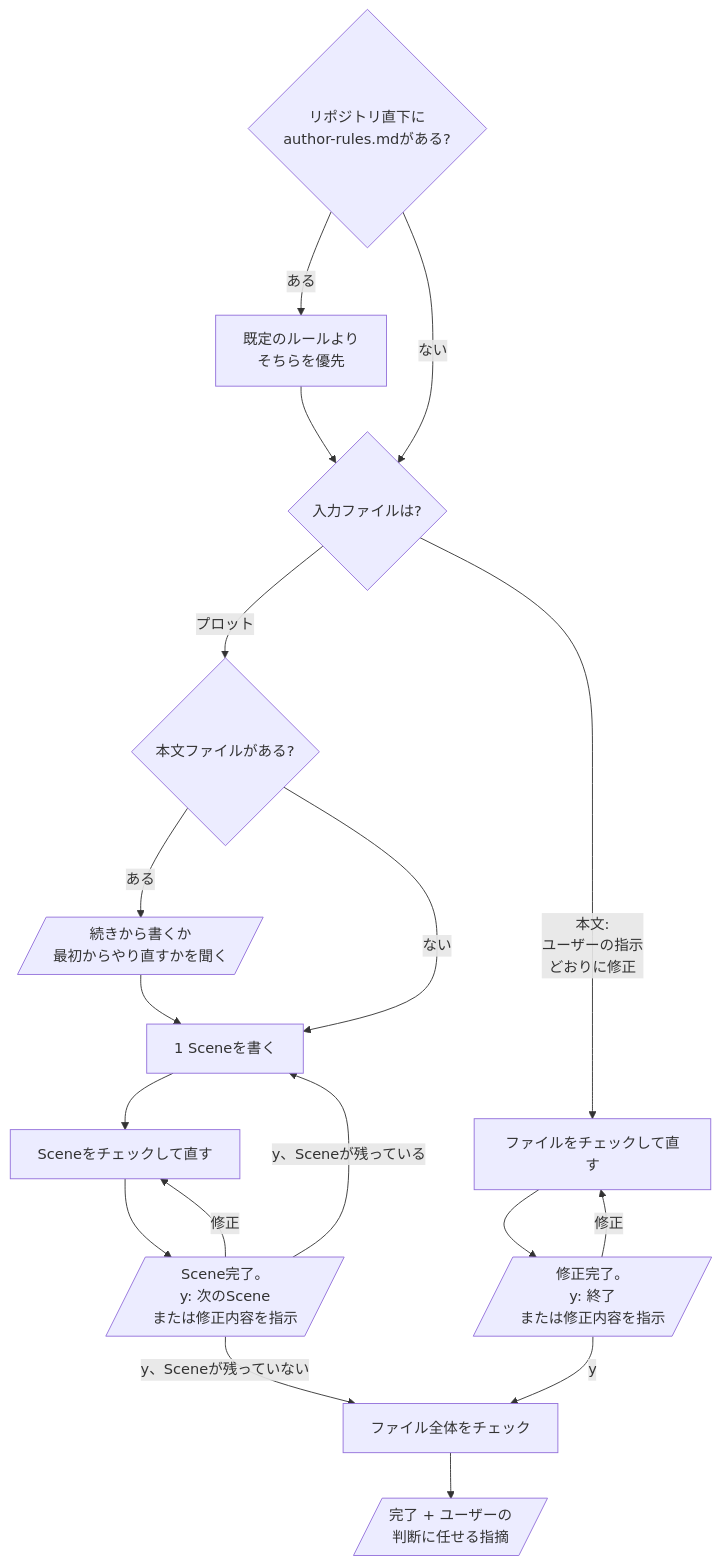
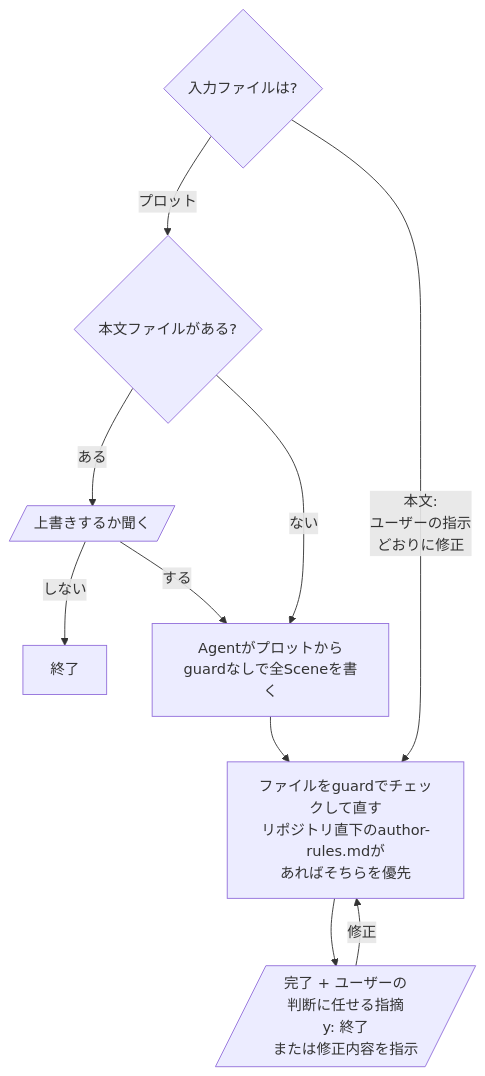
Before and after one commit to omni-stove/skill-kit: the diagram in domains/story/skills/write/README.ja.md, drawn with Mermaid. The commit also changed 19 other files, not shown here.

````diff
--- a/domains/story/skills/write/README.ja.md
+++ b/domains/story/skills/write/README.ja.md
@@ -3,21 +3,13 @@
 ```mermaid
 flowchart TD
-  author{リポジトリ直下に<br/>author-rules.mdがある?}
-  author -- "ある" --> override[既定のルールより<br/>そちらを優先]
-  author -- "ない" --> input
-  override --> input{入力ファイルは?}
+  input{入力ファイルは?}
   input -- "プロット" --> exists{本文ファイルがある?}
-  exists -- "ある" --> ask[/続きから書くか<br/>最初からやり直すかを聞く/]
-  exists -- "ない" --> write
-  ask --> write[1 Sceneを書く]
-  write --> check[Sceneをチェックして直す]
-  check --> reply[/"Scene完了。<br/>y: 次のScene<br/>または修正内容を指示"/]
-  reply -- "y、Sceneが残っている" --> write
-  reply -- "y、Sceneが残っていない" --> final[ファイル全体をチェック]
-  final --> done[/"完了 + ユーザーの<br/>判断に任せる指摘"/]
+  exists -- "ある" --> ask[/上書きするか聞く/]
+  ask -- "しない" --> stop[終了]
+  ask -- "する" --> write
+  exists -- "ない" --> write[Agentがプロットから<br/>guardなしで全Sceneを書く]
+  write --> check[ファイルをguardでチェックして直す<br/>リポジトリ直下のauthor-rules.mdが<br/>あればそちらを優先]
+  input -- "本文:<br/>ユーザーの指示<br/>どおりに修正" --> check
+  check --> reply[/"完了 + ユーザーの<br/>判断に任せる指摘<br/>y: 終了<br/>または修正内容を指示"/]
   reply -- "修正" --> check
-  input -- "本文:<br/>ユーザーの指示<br/>どおりに修正" --> rcheck[ファイルをチェックして直す]
-  rcheck --> rreply[/"修正完了。<br/>y: 終了<br/>または修正内容を指示"/]
-  rreply -- "y" --> final
-  rreply -- "修正" --> rcheck
 ```
````
